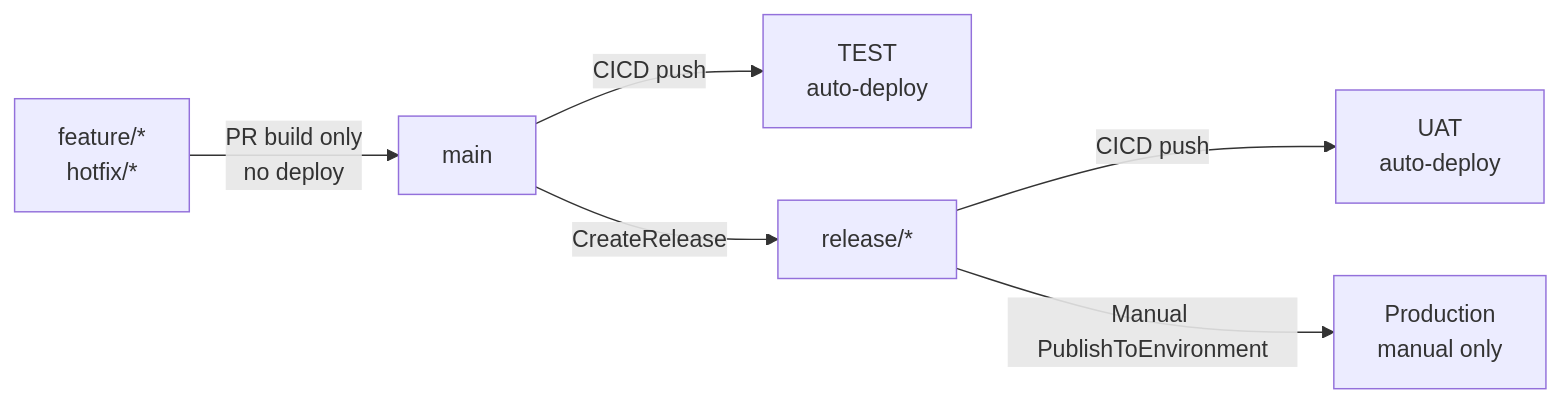
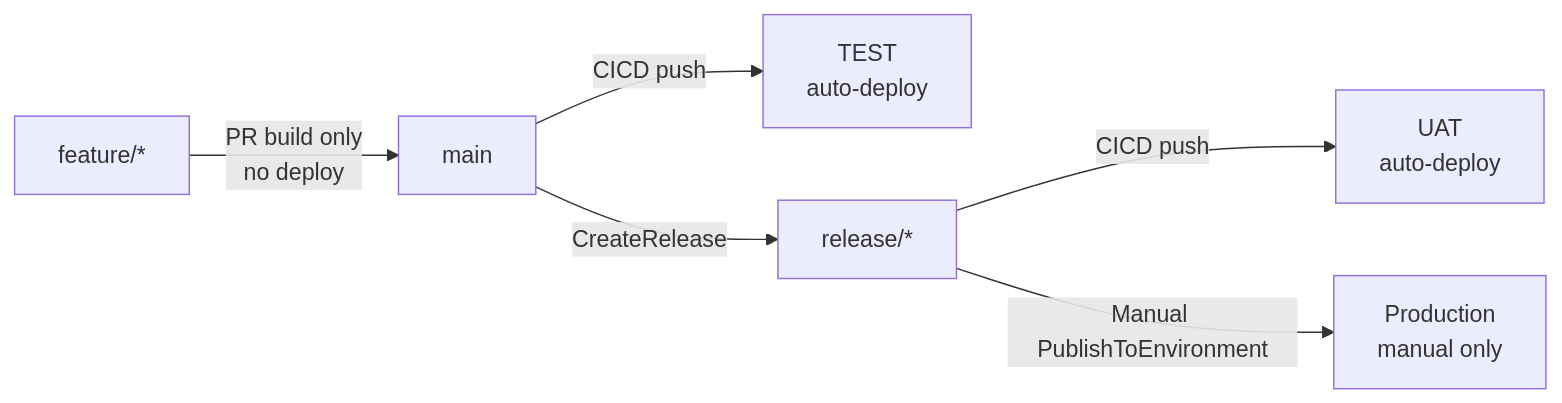
Before and after one commit to ciellosinc/Ciellos-BC-git-flow-template: the first of 2 diagrams in Guides/ALGo-StandardDeployment.md, drawn with Mermaid. The commit also changed other lines of this file and 1 other file, not shown here.

Commit message:
Remove hotfix branch pattern; hotfixes use feature/* naming convention

````diff
--- a/Guides/ALGo-StandardDeployment.md
+++ b/Guides/ALGo-StandardDeployment.md
@@ -37,8 +37,8 @@
 ```mermaid
 flowchart LR
-    F["feature/*\nhotfix/*"] -->|PR build only\nno deploy| M["main"]
+    F["feature/*"] -->|PR build only\nno deploy| M["main"]
     M -->|CICD push| TEST["TEST\nauto-deploy"]
     M -->|CreateRelease| R["release/*"]
     R -->|CICD push| UAT["UAT\nauto-deploy"]
     R -->|Manual PublishToEnvironment| PROD["Production\nmanual only"]
 ```
````
